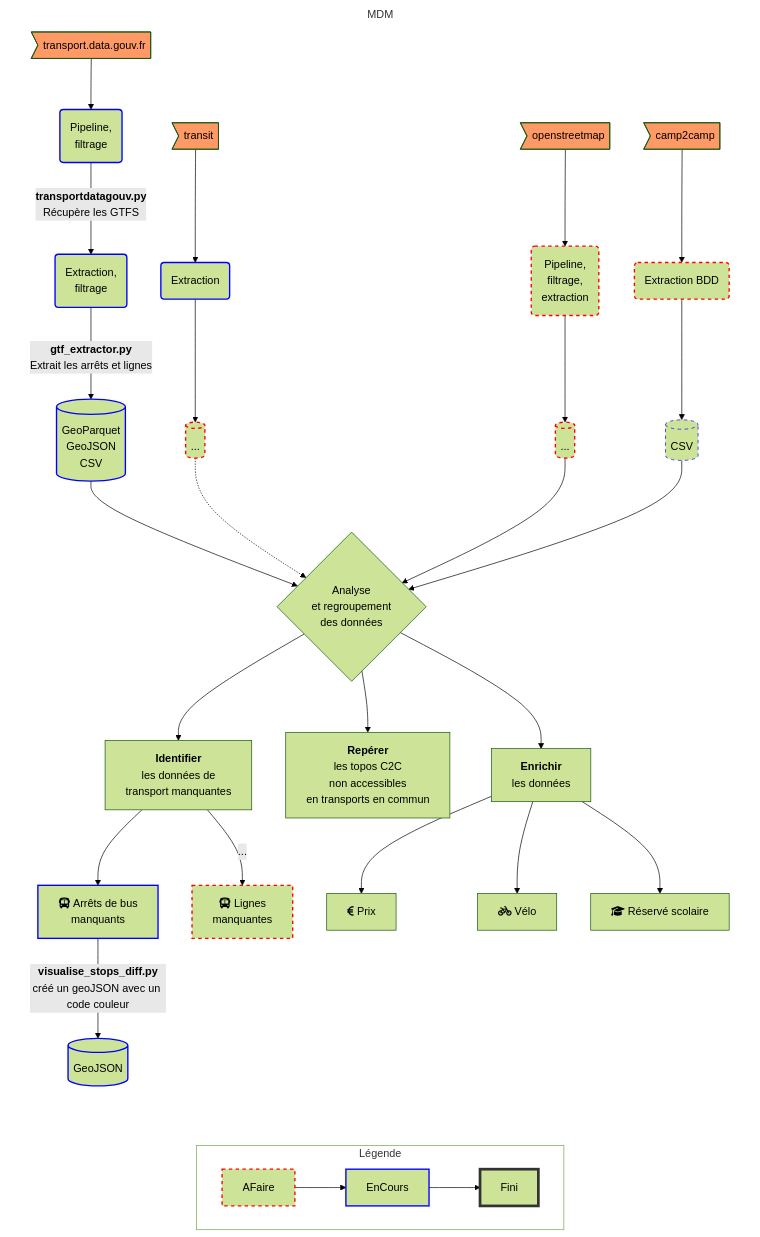
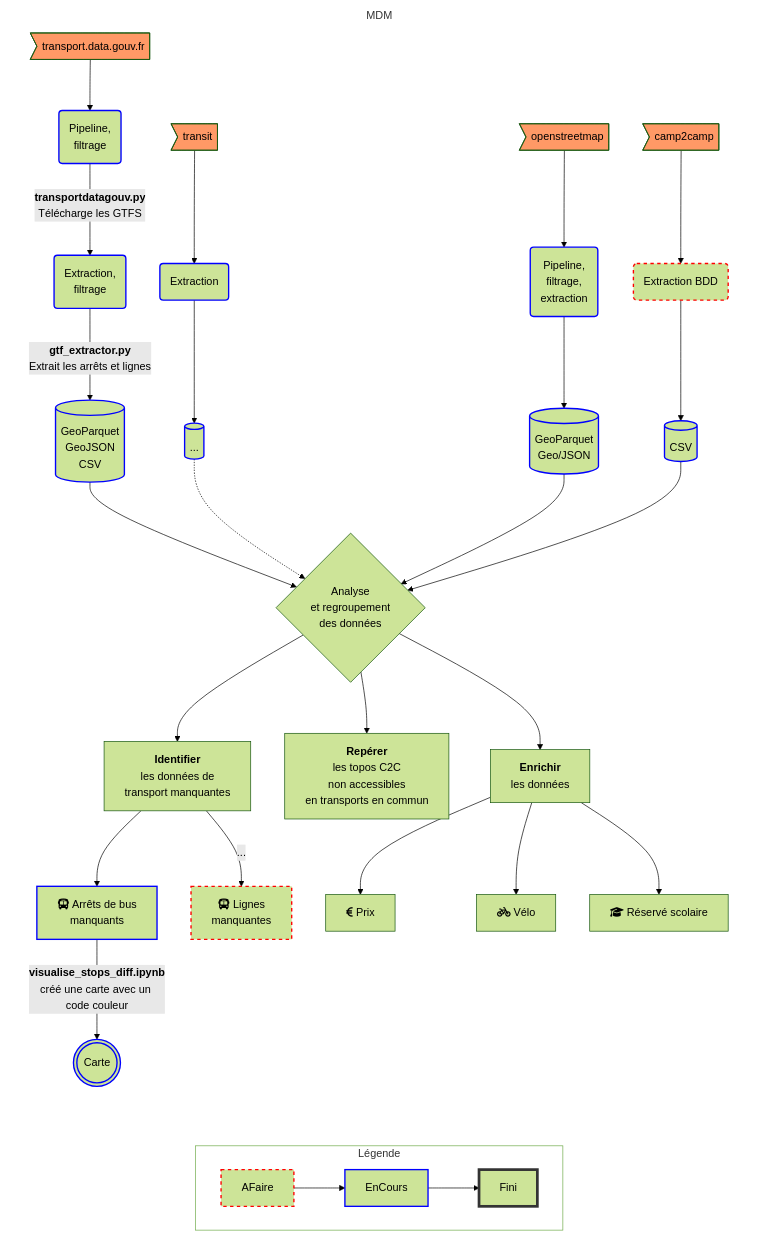
Before and after one commit to data-for-good-grenoble/mobilite_durable: the diagram in doc/process.mermaid, drawn with Mermaid.

```diff
--- a/doc/process.mermaid
+++ b/doc/process.mermaid
@@ -1,90 +1,91 @@
 ---
 config:
   theme: 'forest'
 ---
 flowchart TD
     subgraph MDM
         direction TB
         SOURCE_TDG>transport.data.gouv.fr] --> PF_TDG("`Pipeline,
                     filtrage`")
-        PF_TDG -->|"`__transportdatagouv.py__
-                    Récupère les GTFS`"| FE_TDG("`Extraction,
-                    filtrage`")
         SOURCE_TRANSIT>transit] --> PFE_TRANSIT("`Extraction`")
         SOURCE_OSM>openstreetmap] --> PFE_OSM("`Pipeline,
                     filtrage,
                     extraction`")
         SOURCE_C2C>camp2camp] --> PFE_C2C("`Extraction BDD`")
 
 
-
+        PF_TDG -->|"`__transportdatagouv.py__
+                    Télécharge les GTFS`"| FE_TDG("`Extraction,
+                    filtrage`")
         FE_TDG -->|"`__gtf_extractor.py__
                     Extrait les arrêts et lignes`"| EXPORT_TDG[("`GeoParquet
                     GeoJSON
                     CSV`")]
         PFE_TRANSIT --> EXPORT_TRANSIT[("`...`")]
-        PFE_OSM --> EXPORT_OSM[("`...`")]
+        PFE_OSM --> EXPORT_OSM[("`GeoParquet
+                    Geo/JSON`")]
         PFE_C2C --> EXPORT_C2C[("`CSV`")]
+
+
         EXPORT_TDG --> ANALYSE{"`Analyse
                     et regroupement
                     des données`"}
         EXPORT_TRANSIT -.-> ANALYSE
         EXPORT_OSM --> ANALYSE
         EXPORT_C2C --> ANALYSE
 
 
         ANALYSE --> IDENTIFIER["`**Identifier**
                     les données de
                     transport manquantes`"]
         ANALYSE --> REPERER["`**Repérer**
                     les topos C2C
                     non accessibles
                     en transports en commun`"]
         ANALYSE --> ENRICHIR["`**Enrichir**
                     les données`"]
         IDENTIFIER --> ARRETS_MANQUANTS["`fa:fa-bus Arrêts de bus
                     manquants`"]
         IDENTIFIER -->|...| LIGNES_MANQUANTES["`fa:fa-bus Lignes
                     manquantes`"]
-        ARRETS_MANQUANTS -->|"`__visualise_stops_diff.py__
-                créé un geoJSON avec un code couleur`"| DIFF[("`GeoJSON`")]
+        ARRETS_MANQUANTS -->|"`__visualise_stops_diff.ipynb__
+                créé une carte avec un code couleur`"| DIFF((("`Carte`")))
         ENRICHIR --> PRIX[fa:fa-eur Prix]
         ENRICHIR --> VELO[fa:fa-bicycle Vélo]
         ENRICHIR --> SPECIAUX[fa:fa-graduation-cap  Réservé scolaire]
 
     %% Styling
         style MDM fill:#fff,stroke:#fff
         style SOURCE_TDG fill:#f96
         style SOURCE_OSM fill:#f96
         style SOURCE_C2C fill:#f96
         style SOURCE_TRANSIT fill:#f96
 
     %% TODO
-        style PFE_OSM stroke:#f00,stroke-width:2px,stroke-dasharray: 5 5
         style PFE_C2C stroke:#f00,stroke-width:2px,stroke-dasharray: 5 5
         style LIGNES_MANQUANTES stroke:#f00,stroke-width:2px,stroke-dasharray: 5 5
-        style EXPORT_OSM stroke:#f00,stroke-width:2px,stroke-dasharray: 5 5
-        style EXPORT_C2C stroke:#f00,stroke-width:2px,stroke-dasharray: 5 5
-        style EXPORT_TRANSIT stroke:#f00,stroke-width:2px,stroke-dasharray: 5 5
     %% In progress
+        style PFE_OSM stroke:#00f,stroke-width:2px
         style PF_TDG stroke:#00f,stroke-width:2px
         style FE_TDG stroke:#00f,stroke-width:2px
         style EXPORT_TDG stroke:#00f,stroke-width:2px
-        style EXPORT_C2C stroke:#00f,stroke-width:
+        style EXPORT_C2C stroke:#00f,stroke-width:2px
+        style EXPORT_OSM stroke:#00f,stroke-width:2px
+        style EXPORT_TRANSIT stroke:#00f,stroke-width:2px
         style ARRETS_MANQUANTS stroke:#00f,stroke-width:2px
         style DIFF stroke:#00f,stroke-width:2px
         style PFE_TRANSIT stroke:#00f,stroke-width:2px
     %% DONE
         %% style PF_TDG fill:#0d0,stroke:#333,stroke-width:4px
     end
 
     subgraph Légende
         direction LR
         style Légende fill:#fff
         AFaire --> EnCours --> Fini
         style AFaire stroke:#f00,stroke-width:2px,stroke-dasharray: 5 5
         style EnCours stroke:#00f,stroke-width:2px
         style Fini stroke:#333,stroke-width:4px
     end
 
     MDM ~~~ Légende
```
